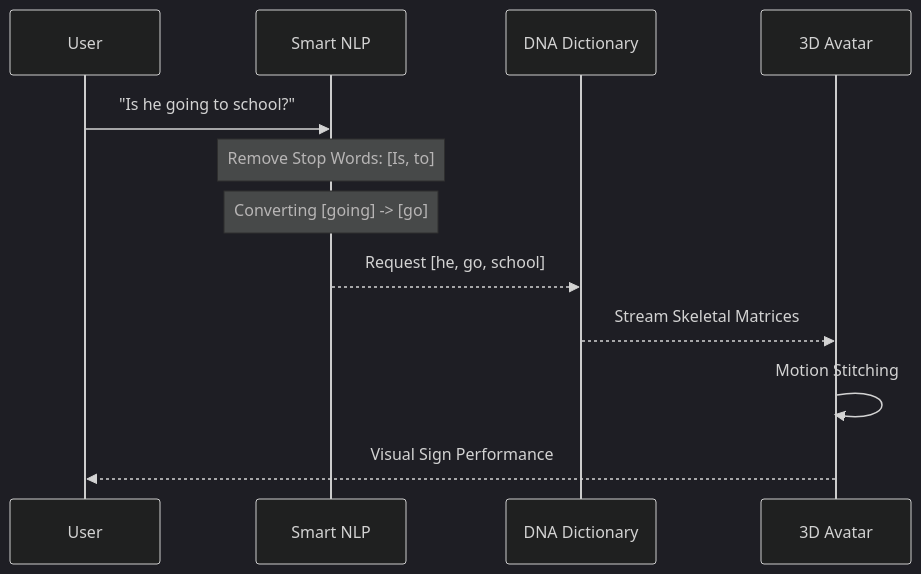
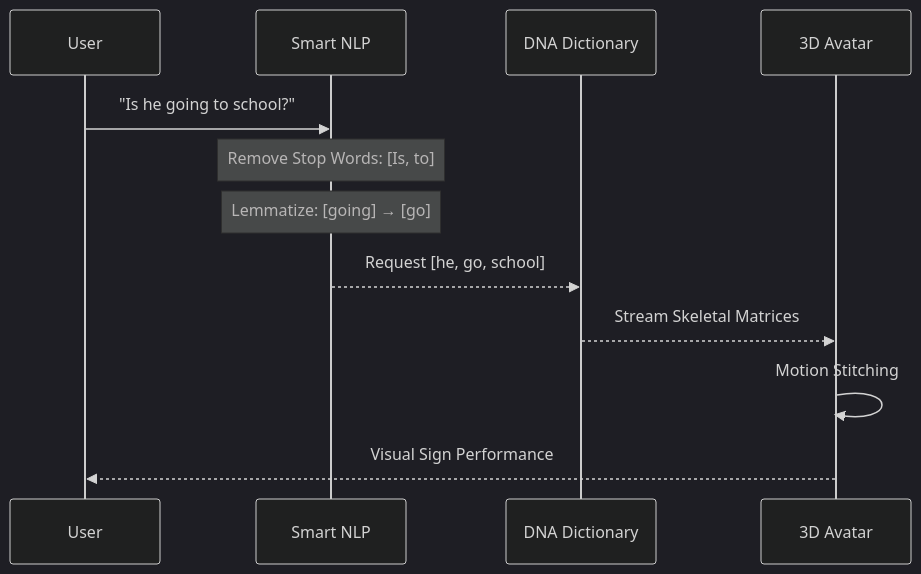
Before and after one commit to eltaweelactuary/streamlit_slt_app_v2_stable_v3_stable: the second of 2 diagrams in KONECTA_SLT_PRESENTATION.md, drawn with Mermaid (dark theme). The commit also changed other lines of this file, not shown here.

````diff
--- a/KONECTA_SLT_PRESENTATION.md
+++ b/KONECTA_SLT_PRESENTATION.md
@@ -85,15 +84,15 @@
 ```mermaid
 sequenceDiagram
     participant User
     participant NLP as Smart NLP
     participant DNA as DNA Dictionary
     participant Avatar as 3D Avatar
 
     User->>NLP: "Is he going to school?"
     Note over NLP: Remove Stop Words: [Is, to]
-    Note over NLP: Converting [going] -> [go]
+    Note over NLP: Lemmatize: [going] → [go]
     NLP-->>DNA: Request [he, go, school]
     DNA-->>Avatar: Stream Skeletal Matrices
     Avatar->>Avatar: Motion Stitching
     Avatar-->>User: Visual Sign Performance
 ```
````
